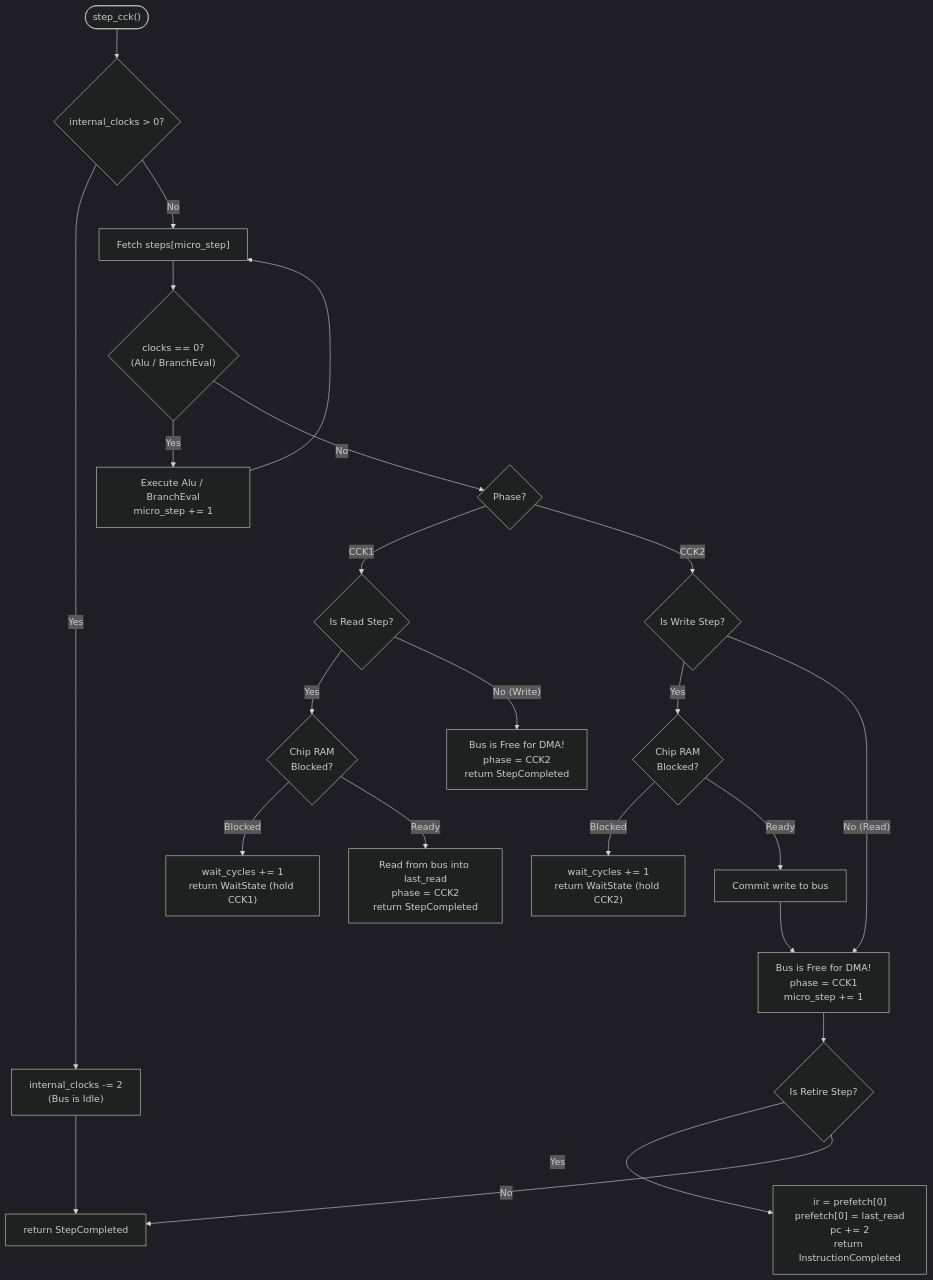
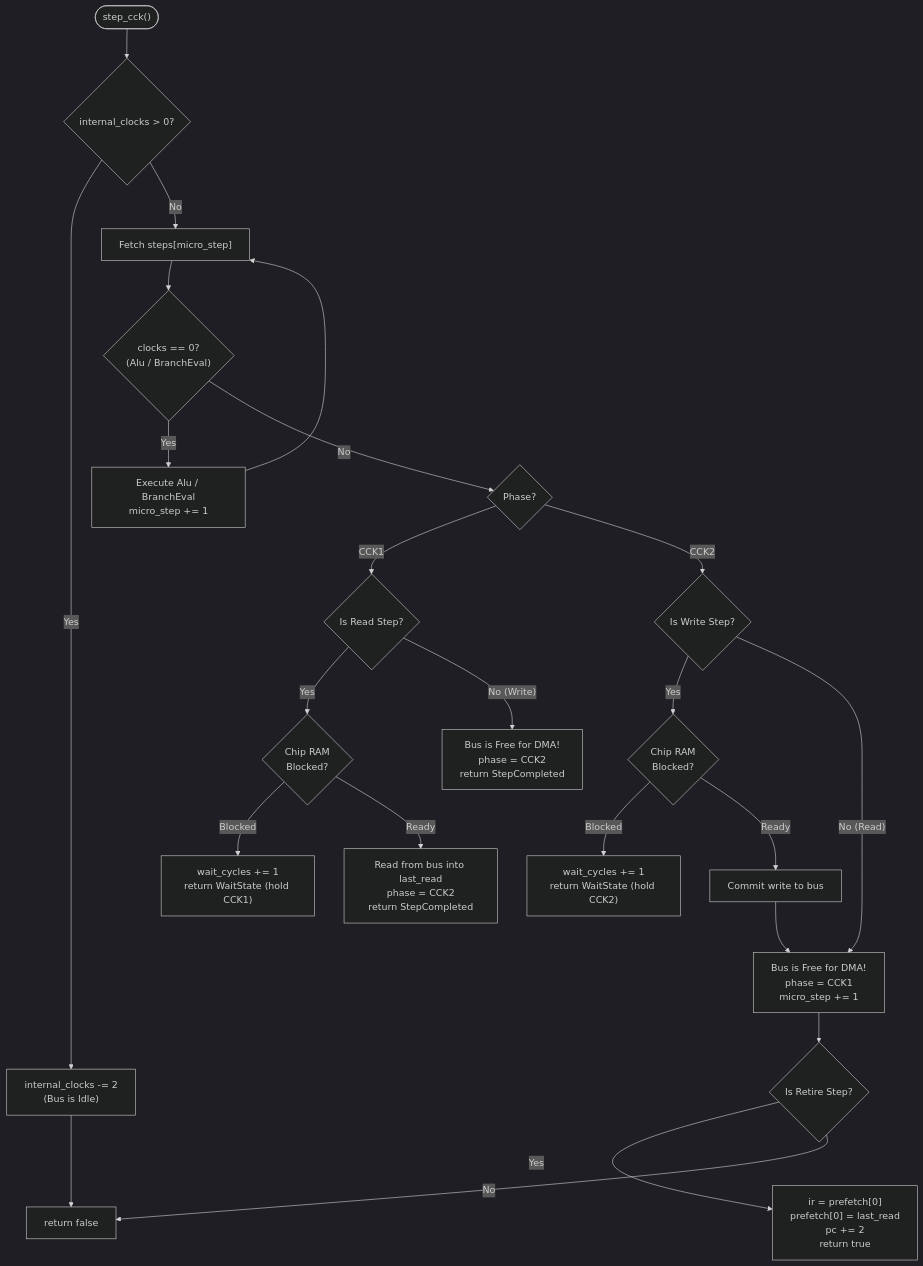
The fourth of 4 diagrams in Obsidian/Amiga/Design/CPU Micro-Step State Machine.md (tomek-anuszkiewicz/amiga-studio), drawn with Mermaid (dark theme) before and after one commit. The commit also changed other lines of this file and 17 other files, not shown here.

````diff
--- a/Obsidian/Amiga/Design/CPU Micro-Step State Machine.md
+++ b/Obsidian/Amiga/Design/CPU Micro-Step State Machine.md
@@ -520,28 +520,28 @@
 ```mermaid
 flowchart TD
     Start(["step_cck()"]) --> CheckInternal{"internal_clocks > 0?"}
     
     CheckInternal -- Yes --> DecClocks["internal_clocks -= 2<br/>(Bus is Idle)"] --> RetStep["return StepCompleted"]
     CheckInternal -- No --> FetchStep["Fetch steps[micro_step]"]
     
     FetchStep --> IsZeroCycle{"clocks == 0?<br/>(Alu / BranchEval)"}
     IsZeroCycle -- Yes --> ExecZero["Execute Alu / BranchEval<br/>micro_step += 1"] --> FetchStep
     
     IsZeroCycle -- No --> PhaseCheck{"Phase?"}
     
     PhaseCheck -- CCK1 --> ReadCheck{"Is Read Step?"}
     ReadCheck -- Yes --> CheckContendR{"Chip RAM<br/>Blocked?"}
     CheckContendR -- Blocked --> Wait1["wait_cycles += 1<br/>return WaitState (hold CCK1)"]
     CheckContendR -- Ready --> LatchRead["Read from bus into last_read<br/>phase = CCK2<br/>return StepCompleted"]
     ReadCheck -- No (Write) --> FreeWrite["Bus is Free for DMA!<br/>phase = CCK2<br/>return StepCompleted"]
     
     PhaseCheck -- CCK2 --> WriteCheck{"Is Write Step?"}
     WriteCheck -- Yes --> CheckContendW{"Chip RAM<br/>Blocked?"}
     CheckContendW -- Blocked --> Wait2["wait_cycles += 1<br/>return WaitState (hold CCK2)"]
     CheckContendW -- Ready --> CommitWrite["Commit write to bus"] --> StepDone
     WriteCheck -- No (Read) --> StepDone["Bus is Free for DMA!<br/>phase = CCK1<br/>micro_step += 1"]
     
     StepDone --> CheckRetire{"Is Retire Step?"}
-    CheckRetire -- Yes --> Retire["ir = prefetch[0]<br/>prefetch[0] = last_read<br/>pc += 2<br/>return InstructionCompleted"]
-    CheckRetire -- No --> RetStep
+    CheckRetire -- Yes --> Retire["ir = prefetch[0]<br/>prefetch[0] = last_read<br/>pc += 2<br/>return true"]
+    CheckRetire -- No --> RetStep["return false"]
 ```
````
